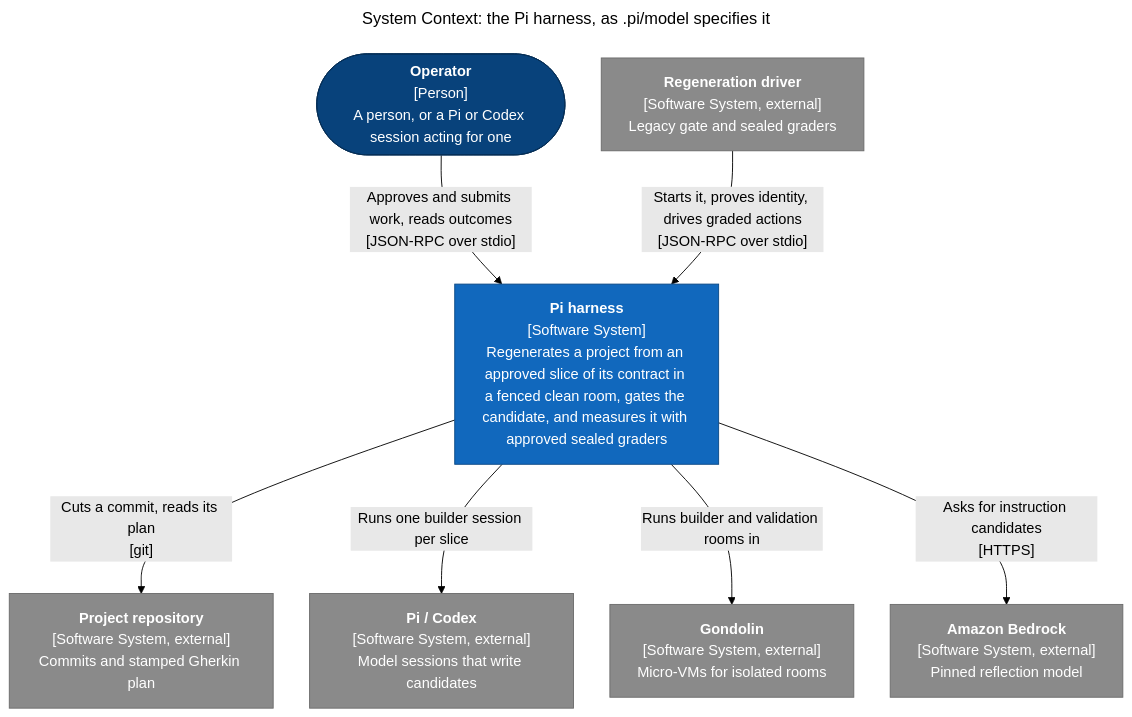
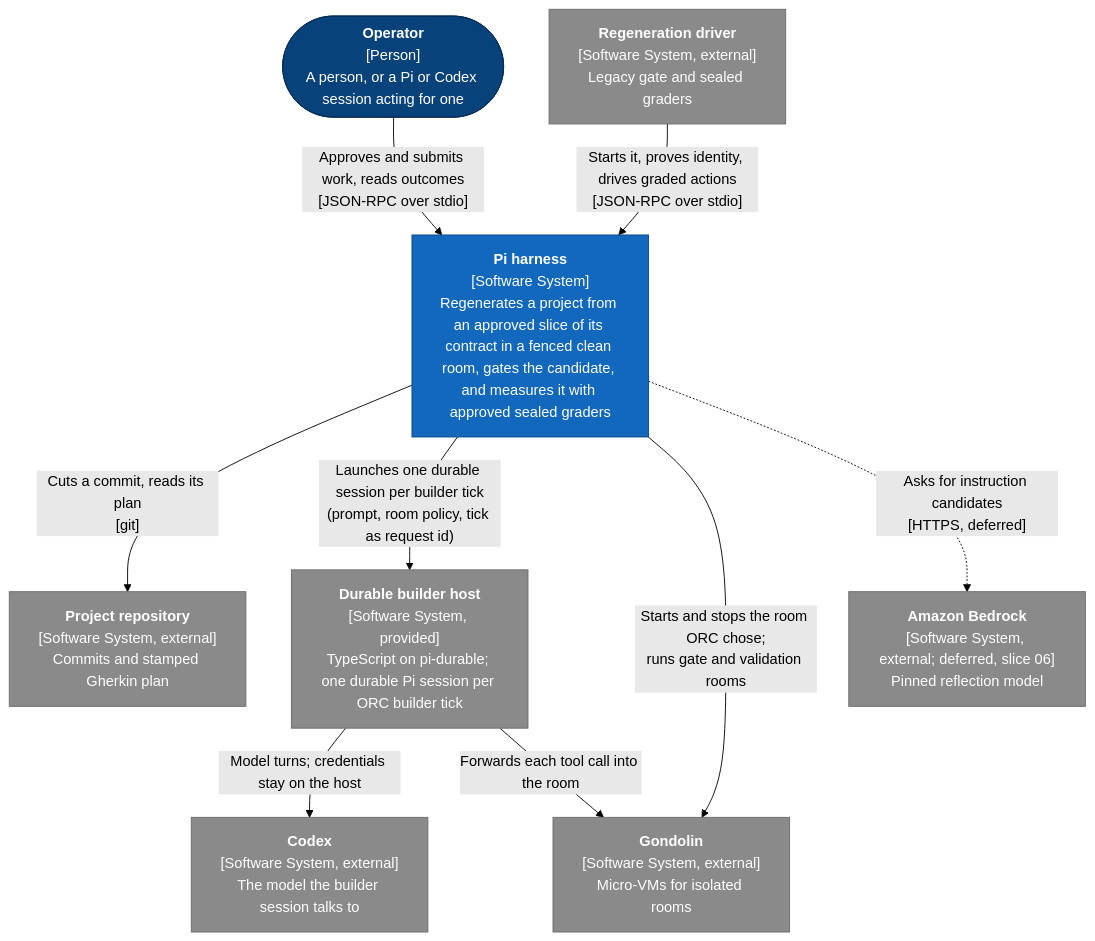
One commit to scope-impact/loyly changed the first of 3 diagrams in .pi/architecture.md. Above: the diagram before and after it, drawn with Mermaid (forest theme). The commit also changed other lines of this file and 2 other files, not shown here.

First line of the commit message:
Spec: ORC launches the durable builder, in the Grain model and the C4 views

````diff
--- a/.pi/architecture.md
+++ b/.pi/architecture.md
@@ -18,31 +18,31 @@
 ```mermaid
----
-title: "System Context: the Pi harness, as .pi/model specifies it"
----
-%%{init: {"flowchart": {"wrappingWidth": 230, "nodeSpacing": 40, "rankSpacing": 70}}}%%
+
 flowchart TB
   operator(["<b>Operator</b><br/>[Person]<br/>A person, or a Pi or Codex session acting for one"])
   driver["<b>Regeneration driver</b><br/>[Software System, external]<br/>Legacy gate and sealed graders"]
   harness["<b>Pi harness</b><br/>[Software System]<br/>Regenerates a project from an approved slice of its contract in a fenced clean room, gates the candidate, and measures it with approved sealed graders"]
   repo["<b>Project repository</b><br/>[Software System, external]<br/>Commits and stamped Gherkin plan"]
-  pi["<b>Pi / Codex</b><br/>[Software System, external]<br/>Model sessions that write candidates"]
+  host["<b>Durable builder host</b><br/>[Software System, provided]<br/>TypeScript on pi-durable; one durable Pi session per ORC builder tick"]
+  pi["<b>Codex</b><br/>[Software System, external]<br/>The model the builder session talks to"]
   gondolin["<b>Gondolin</b><br/>[Software System, external]<br/>Micro-VMs for isolated rooms"]
-  bedrock["<b>Amazon Bedrock</b><br/>[Software System, external]<br/>Pinned reflection model"]
+  bedrock["<b>Amazon Bedrock</b><br/>[Software System, external; deferred, slice 06]<br/>Pinned reflection model"]
 
   operator -- "Approves and submits work, reads outcomes<br/>[JSON-RPC over stdio]" --> harness
   driver -- "Starts it, proves identity, drives graded actions<br/>[JSON-RPC over stdio]" --> harness
   harness -- "Cuts a commit, reads its plan<br/>[git]" --> repo
-  harness -- "Runs one builder session per slice" --> pi
-  harness -- "Runs builder and validation rooms in" --> gondolin
-  harness -- "Asks for instruction candidates<br/>[HTTPS]" --> bedrock
+  harness -- "Launches one durable session per builder tick<br/>(prompt, room policy, tick as request id)" --> host
+  harness -- "Starts and stops the room ORC chose;<br/>runs gate and validation rooms" --> gondolin
+  host -- "Model turns; credentials stay on the host" --> pi
+  host -- "Forwards each tool call into the room" --> gondolin
+  harness -. "Asks for instruction candidates<br/>[HTTPS, deferred]" .-> bedrock
 
   class operator person
   class harness system
-  class driver,repo,pi,gondolin,bedrock external
+  class driver,repo,host,pi,gondolin,bedrock external
   classDef person fill:#08427b,stroke:#052e56,color:#fff
   classDef system fill:#1168bd,stroke:#0b4884,color:#fff
   classDef external fill:#8a8a8a,stroke:#6b6b6b,color:#fff
   classDef container fill:#438dd5,stroke:#2e6295,color:#fff
   classDef component fill:#85bbf0,stroke:#5d82a8,color:#000
   classDef boundary fill:none,stroke:#444,stroke-dasharray:6 4,color:#444
 ```
````
